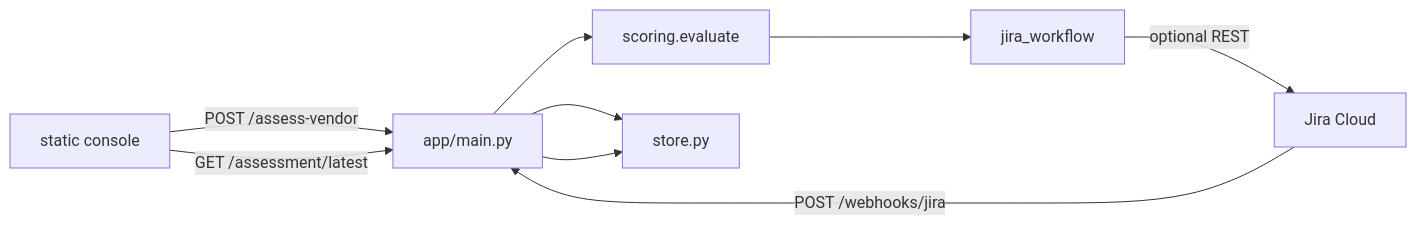
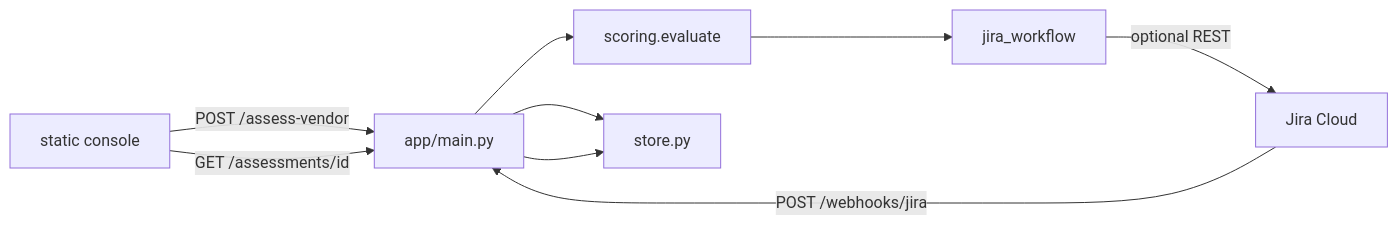
Before and after one commit to tshapedconsultant/enterprise-ai-risk: the first of 2 diagrams in docs/ARCHITECTURE.md, drawn with Mermaid. The commit also changed other lines of this file and 50 other files, not shown here.

Commit message:
feat: add durable assessment isolation and API security

````diff
--- a/docs/ARCHITECTURE.md
+++ b/docs/ARCHITECTURE.md
@@ -37,11 +37,11 @@
 ```mermaid
 flowchart LR
   UI[static console] -->|POST /assess-vendor| API[app/main.py]
   API --> Engine[scoring.evaluate]
   Engine --> Jira[jira_workflow]
   Jira -->|optional REST| JiraCloud[Jira Cloud]
   API --> Store[store.py]
   JiraCloud -->|POST /webhooks/jira| API
   API --> Store
-  UI -->|GET /assessment/latest| API
+  UI -->|GET /assessments/id| API
 ```
````
